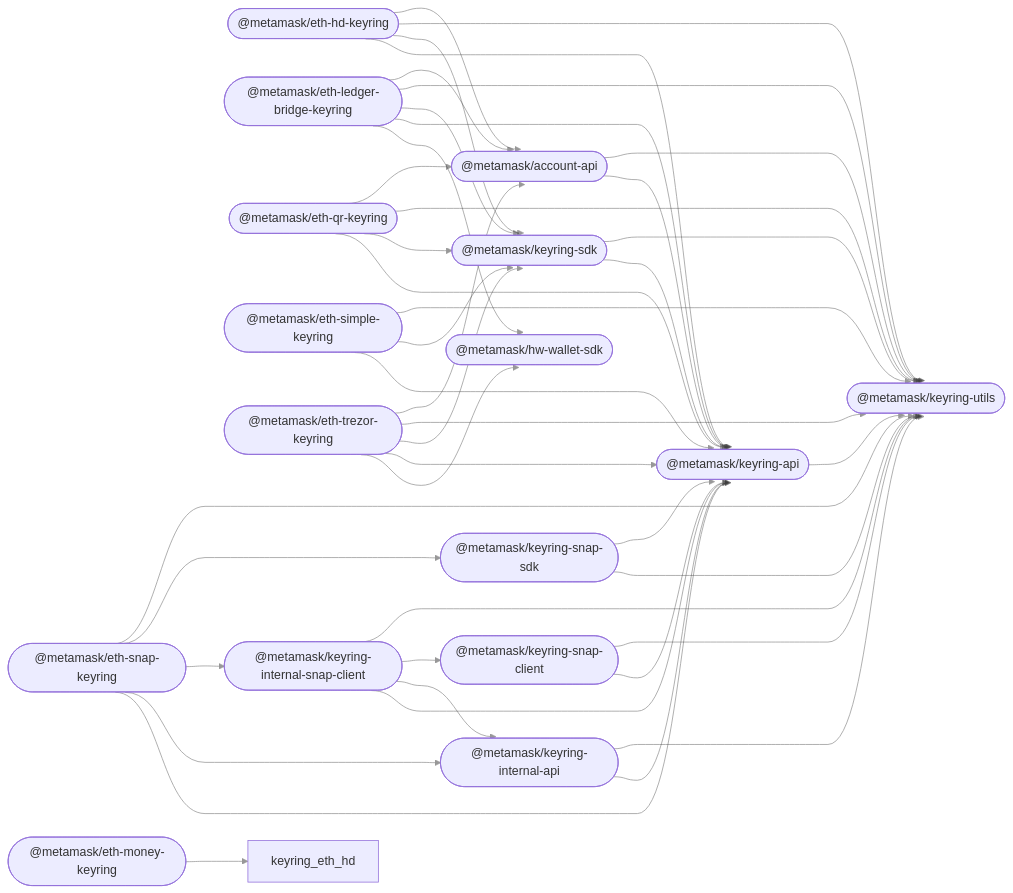
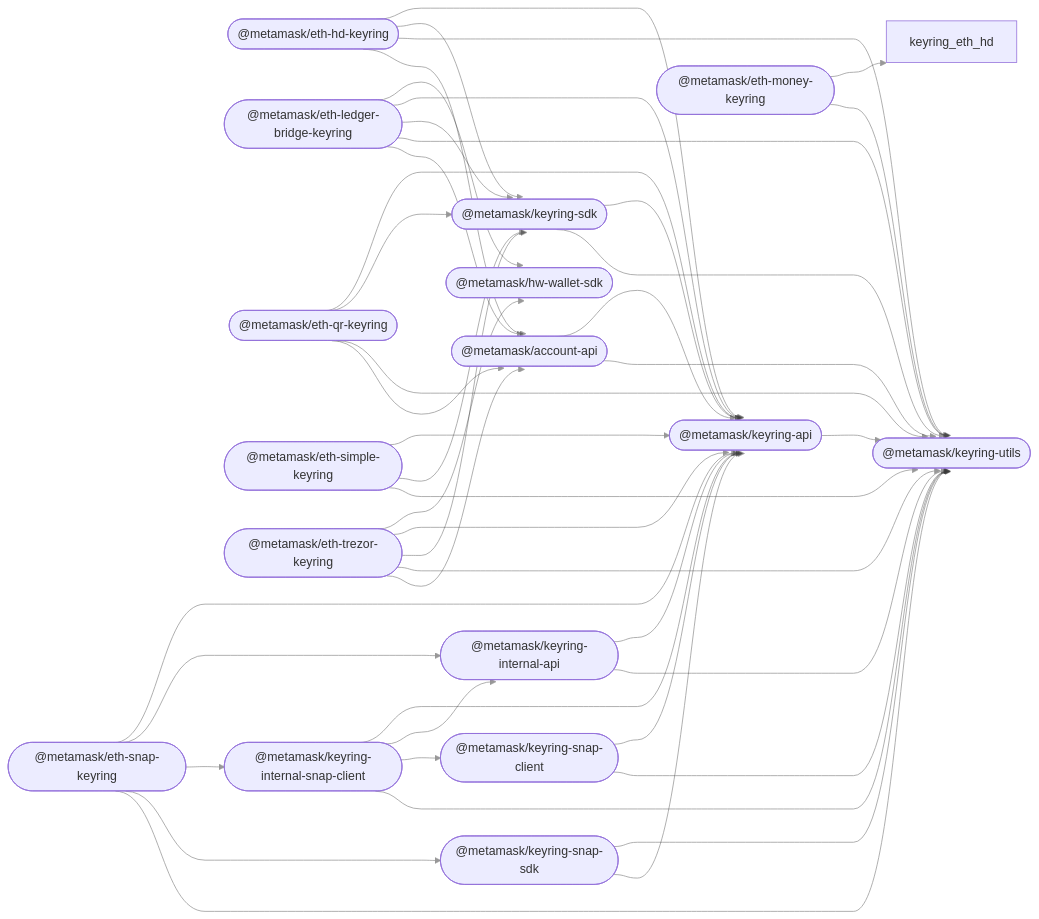
Before and after one commit to MetaMask/accounts: the diagram in README.md, drawn with Mermaid. The commit also changed 2 other files, not shown here.

Commit message:
fix(keyring-eth-money): defer entropySourceId assignment in deserialize
Move entropySourceId assignment after the fallible getMnemonic and
inner deserialize calls to prevent state inconsistency on failure.
Also update README dependency graph and add CHANGELOG entry.

````diff
--- a/README.md
+++ b/README.md
@@ -38,63 +38,64 @@
 ```mermaid
 %%{ init: { 'flowchart': { 'curve': 'bumpX' } } }%%
 graph LR;
 linkStyle default opacity:0.5
   account_api(["@metamask/account-api"]);
   hw_wallet_sdk(["@metamask/hw-wallet-sdk"]);
   keyring_api(["@metamask/keyring-api"]);
   eth_hd_keyring(["@metamask/eth-hd-keyring"]);
   eth_ledger_bridge_keyring(["@metamask/eth-ledger-bridge-keyring"]);
   eth_money_keyring(["@metamask/eth-money-keyring"]);
   eth_qr_keyring(["@metamask/eth-qr-keyring"]);
   eth_simple_keyring(["@metamask/eth-simple-keyring"]);
   eth_trezor_keyring(["@metamask/eth-trezor-keyring"]);
   keyring_internal_api(["@metamask/keyring-internal-api"]);
   keyring_internal_snap_client(["@metamask/keyring-internal-snap-client"]);
   keyring_sdk(["@metamask/keyring-sdk"]);
   eth_snap_keyring(["@metamask/eth-snap-keyring"]);
   keyring_snap_client(["@metamask/keyring-snap-client"]);
   keyring_snap_sdk(["@metamask/keyring-snap-sdk"]);
   keyring_utils(["@metamask/keyring-utils"]);
   account_api --> keyring_api;
   account_api --> keyring_utils;
   keyring_api --> keyring_utils;
   eth_hd_keyring --> keyring_api;
   eth_hd_keyring --> keyring_sdk;
   eth_hd_keyring --> keyring_utils;
   eth_hd_keyring --> account_api;
   eth_ledger_bridge_keyring --> hw_wallet_sdk;
   eth_ledger_bridge_keyring --> keyring_api;
   eth_ledger_bridge_keyring --> keyring_sdk;
   eth_ledger_bridge_keyring --> keyring_utils;
   eth_ledger_bridge_keyring --> account_api;
   eth_money_keyring --> keyring_eth_hd;
+  eth_money_keyring --> keyring_utils;
   eth_qr_keyring --> keyring_api;
   eth_qr_keyring --> keyring_sdk;
   eth_qr_keyring --> keyring_utils;
   eth_qr_keyring --> account_api;
   eth_simple_keyring --> keyring_api;
   eth_simple_keyring --> keyring_sdk;
   eth_simple_keyring --> keyring_utils;
   eth_trezor_keyring --> hw_wallet_sdk;
   eth_trezor_keyring --> keyring_api;
   eth_trezor_keyring --> keyring_sdk;
   eth_trezor_keyring --> keyring_utils;
   eth_trezor_keyring --> account_api;
   keyring_internal_api --> keyring_api;
   keyring_internal_api --> keyring_utils;
   keyring_internal_snap_client --> keyring_api;
   keyring_internal_snap_client --> keyring_internal_api;
   keyring_internal_snap_client --> keyring_snap_client;
   keyring_internal_snap_client --> keyring_utils;
   keyring_sdk --> keyring_api;
   keyring_sdk --> keyring_utils;
   eth_snap_keyring --> keyring_api;
   eth_snap_keyring --> keyring_internal_api;
   eth_snap_keyring --> keyring_internal_snap_client;
   eth_snap_keyring --> keyring_snap_sdk;
   eth_snap_keyring --> keyring_utils;
   keyring_snap_client --> keyring_api;
   keyring_snap_client --> keyring_utils;
   keyring_snap_sdk --> keyring_utils;
   keyring_snap_sdk --> keyring_api;
 ```
````
